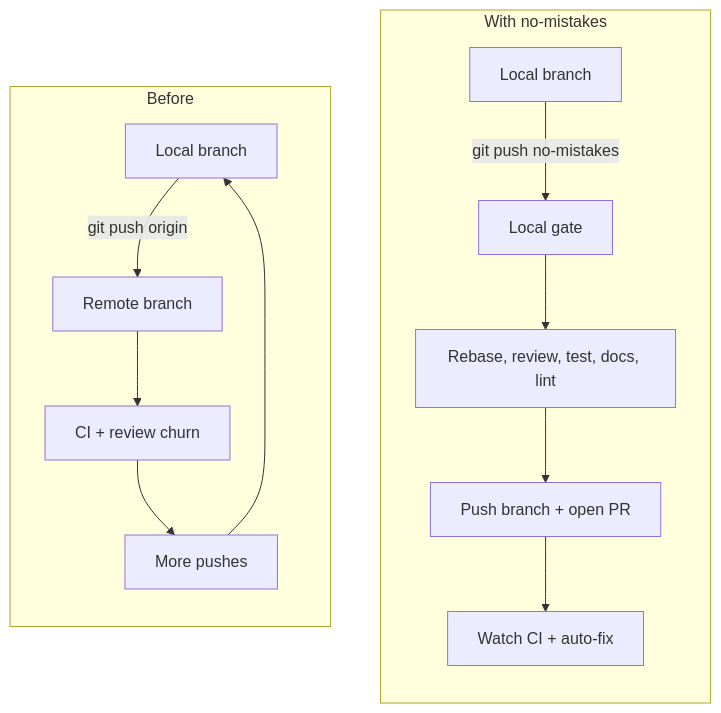
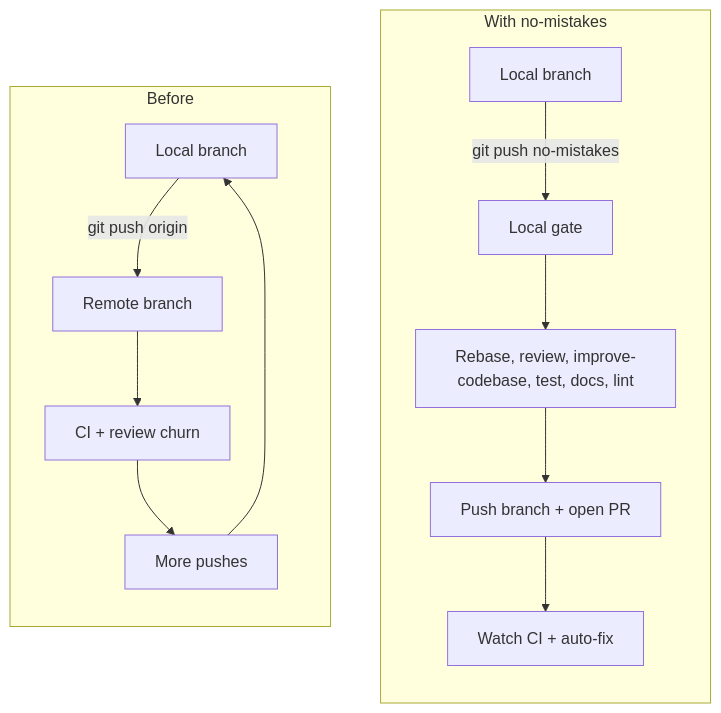
Before and after one commit to kunchenguid/no-mistakes: the diagram in docs/src/content/docs/index.mdx, drawn with Mermaid. The commit also changed 68 other files, not shown here.

Commit message:
feat(pipeline): add improve-codebase gate

````diff
--- a/docs/src/content/docs/index.mdx
+++ b/docs/src/content/docs/index.mdx
@@ -27,20 +27,20 @@
 ```mermaid
 flowchart LR
   subgraph before[" Before "]
     direction TB
     A["Local branch"] -->|"git push origin"| B["Remote branch"]
     B --> C["CI + review churn"]
     C --> D["More pushes"]
     D --> A
   end
 
   subgraph after[" With no-mistakes "]
     direction TB
     E["Local branch"] -->|"git push no-mistakes"| F["Local gate"]
-    F --> G["Rebase, review, test, docs, lint"]
+    F --> G["Rebase, review, improve-codebase, test, docs, lint"]
     G --> H["Push branch + open PR"]
     H --> I["Watch CI + auto-fix"]
   end
 
   before ~~~ after
 ```
````
